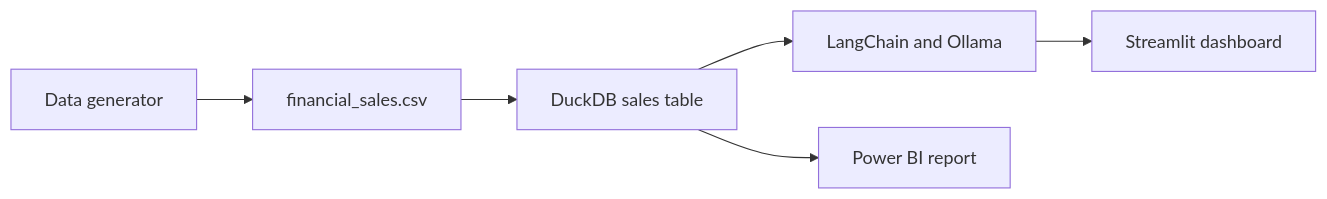
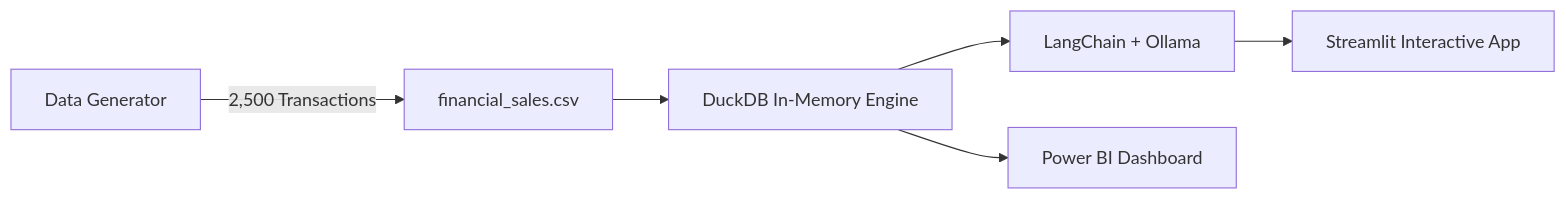
The diagram in README.md (DevvratWelekar/GenAI-SQL-Analytics-and-Financial-Reporting), drawn with Mermaid before and after one commit. The commit also changed other lines of this file, not shown here.

````diff
--- a/README.md
+++ b/README.md
@@ -111,8 +51,9 @@
 ```mermaid
 flowchart LR
-    A[Data generator] --> B[financial_sales.csv]
-    B --> C[DuckDB sales table]
-    C --> D[LangChain and Ollama]
-    D --> E[Streamlit dashboard]
-    C --> F[Power BI report]
+    A[Data Generator] -->|2,500 Transactions| B[financial_sales.csv]
+    B --> C[DuckDB In-Memory Engine]
+    C --> D[LangChain + Ollama]
+    D --> E[Streamlit Interactive App]
+    C --> F[Power BI Dashboard]
+
 ```
````
